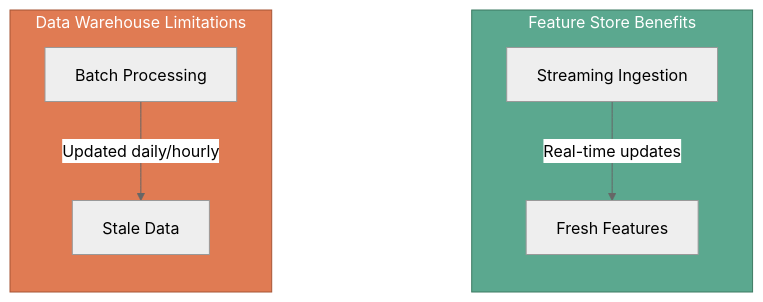
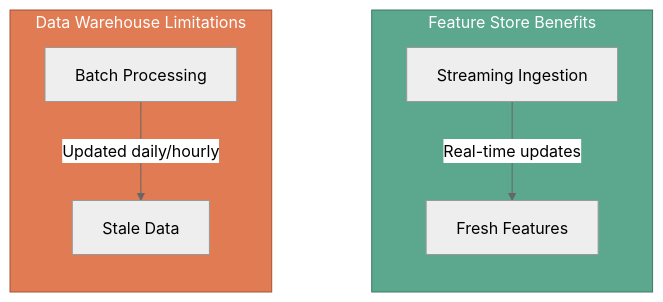
Before and after one commit to vinaykagithapu/vinay.github.io: the first of 2 diagrams in docs/mlops/data-preparation/6-feature-stores.md, drawn with Mermaid (neutral theme). The commit also changed other lines of this file and 4 other files, not shown here.

````diff
--- a/docs/mlops/data-preparation/6-feature-stores.md
+++ b/docs/mlops/data-preparation/6-feature-stores.md
@@ -43,20 +44,20 @@
 ```mermaid
 flowchart LR
     subgraph DWH["Data Warehouse Limitations"]
         BATCH[Batch Processing]
         STALE[Stale Data]
     end
     
     subgraph FS["Feature Store Benefits"]
         STREAM[Streaming Ingestion]
         FRESH[Fresh Features]
     end
     
     STREAM --> |"Real-time updates"| FRESH
     BATCH --> |"Updated daily/hourly"| STALE
     
-    DWH ~~~~~~ FS
+    DWH ~~~~ FS
     
     style DWH fill:#E07B53,stroke:#A65535,color:#fff
     style FS fill:#5BA88F,stroke:#3D7A62,color:#fff
 ```
````
